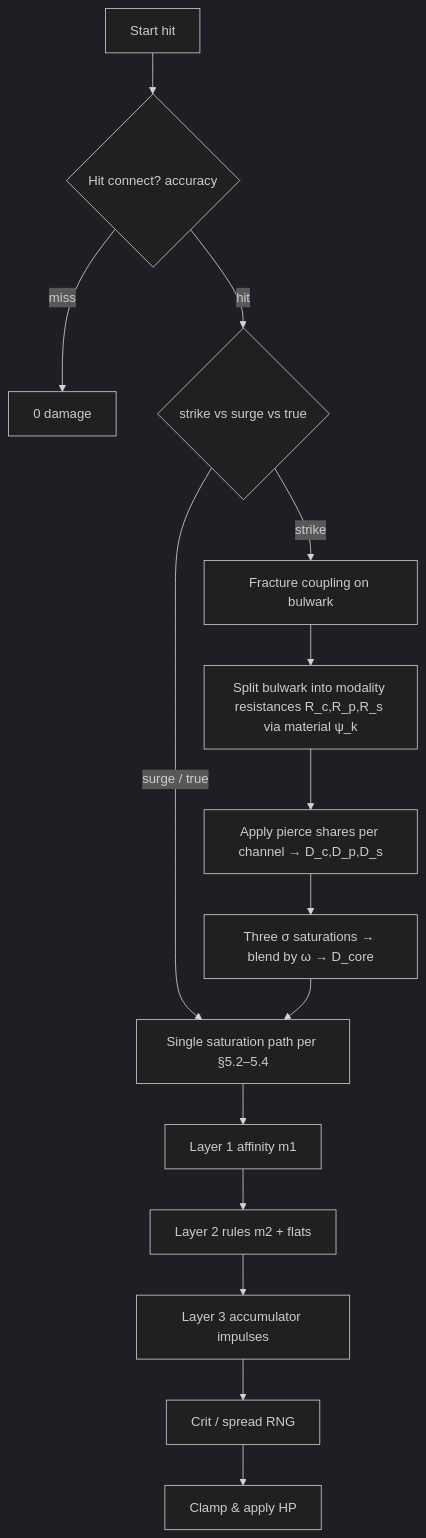
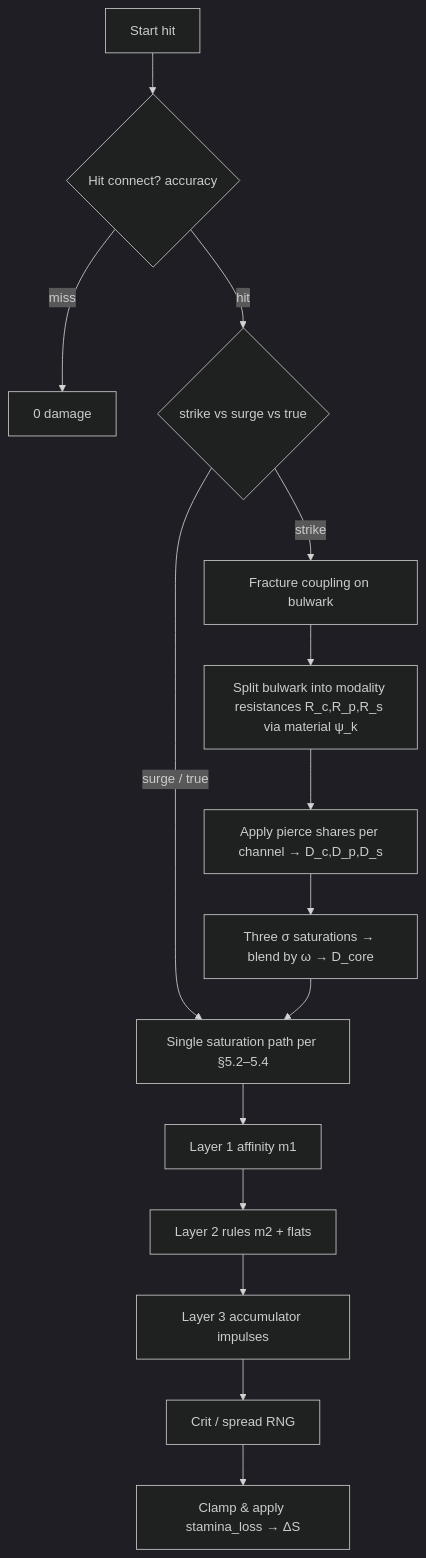
Before and after one commit to GTOVD/wildloom: the diagram in docs/COMBAT-MODEL.md, drawn with Mermaid (dark theme). The commit also changed other lines of this file and 9 other files, not shown here.

````diff
--- a/docs/COMBAT-MODEL.md
+++ b/docs/COMBAT-MODEL.md
@@ -104,17 +109,17 @@
 ```mermaid
 flowchart TD
   A[Start hit] --> B{Hit connect? accuracy}
   B -->|miss| Z[0 damage]
   B -->|hit| C{strike vs surge vs true}
   C -->|surge / true| D[Single saturation path per §5.2–5.4]
   C -->|strike| E[Fracture coupling on bulwark]
   E --> F[Split bulwark into modality resistances R_c,R_p,R_s via material ψ_k]
   F --> G[Apply pierce shares per channel → D_c,D_p,D_s]
   G --> H[Three σ saturations → blend by ω → D_core]
   H --> D
   D --> I[Layer 1 affinity m1]
   I --> J[Layer 2 rules m2 + flats]
   J --> K[Layer 3 accumulator impulses]
   K --> L[Crit / spread RNG]
-  L --> M[Clamp & apply HP]
+  L --> M[Clamp & apply stamina_loss → ΔS]
 ```
````
